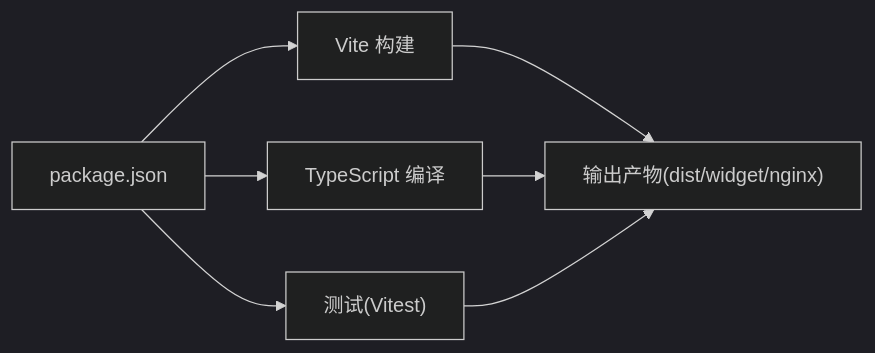
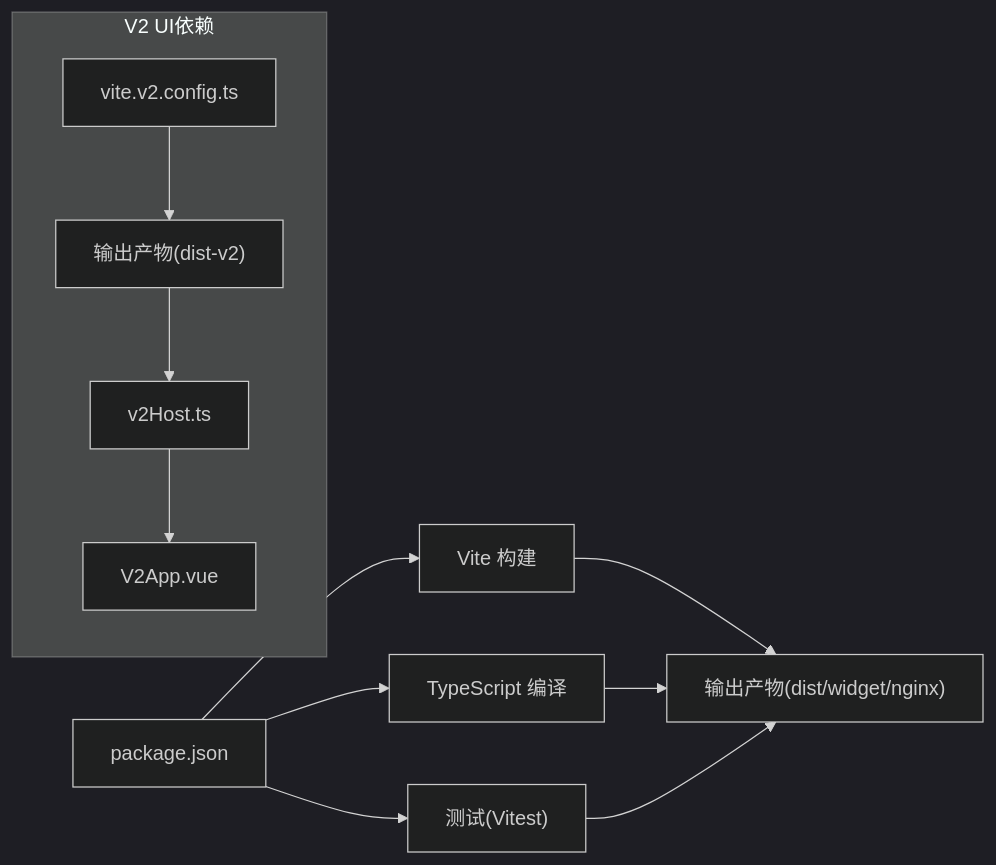
Before and after one commit to terwer/siyuan-plugin-publisher: the eighth of 8 diagrams in .qoder/repowiki/zh/content/核心架构/整体架构设计.md, drawn with Mermaid (dark theme). The commit also changed other lines of this file and 18 other files, not shown here.

First line of the commit message:
docs(core-architecture): add detailed Composition API design patterns document

````diff
--- a/.qoder/repowiki/zh/content/核心架构/整体架构设计.md
+++ b/.qoder/repowiki/zh/content/核心架构/整体架构设计.md
@@ -341,9 +675,14 @@
 ```mermaid
 graph LR
 P["package.json"] --> V["Vite 构建"]
 P --> T["TypeScript 编译"]
 P --> TE["测试(Vitest)"]
 V --> O["输出产物(dist/widget/nginx)"]
 T --> O
 TE --> O
+subgraph "V2 UI依赖"
+V2["vite.v2.config.ts"] --> V2O["输出产物(dist-v2)"]
+V2O --> V2D["v2Host.ts"]
+V2D --> V2A["V2App.vue"]
+end
 ```
````
